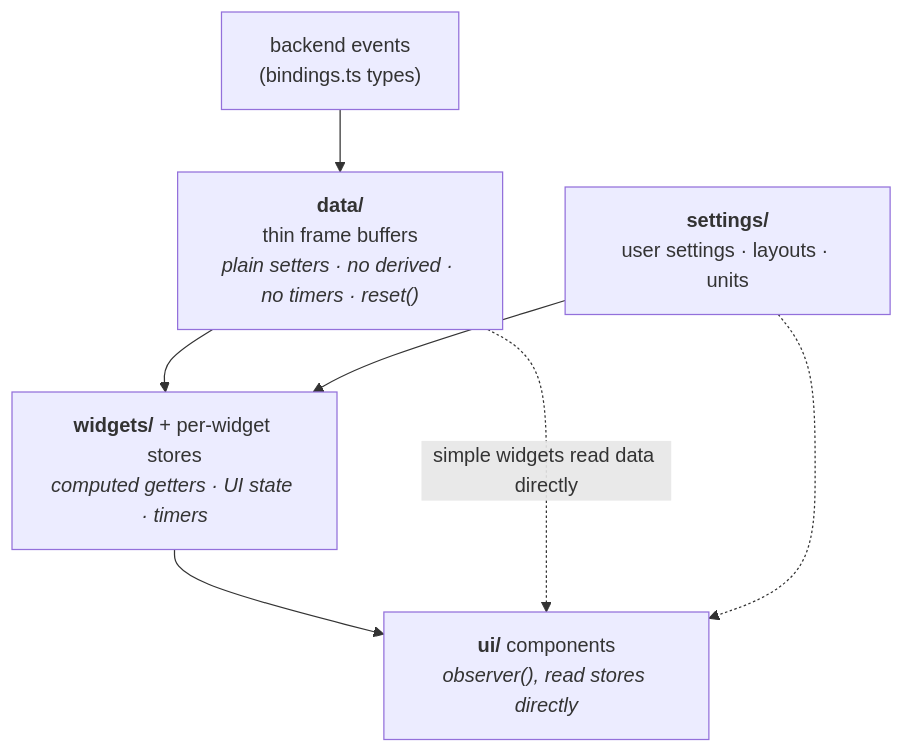
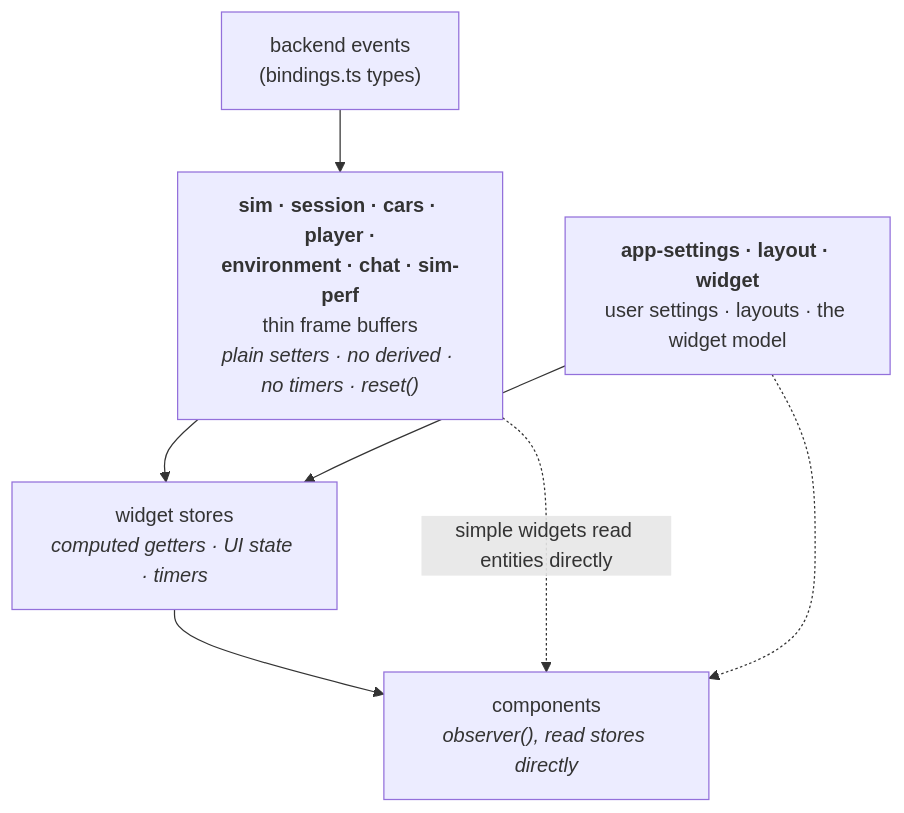
Before and after one commit to mvoof/Marble-Trace: diagram 11 of 22 in docs/architecture.md, drawn with Mermaid. The commit also changed other lines of this file and 1582 other files, not shown here.

````diff
--- a/docs/architecture.md
+++ b/docs/architecture.md
@@ -851,13 +840,13 @@
 ```mermaid
 flowchart TB
     BE["backend events<br/>(bindings.ts types)"]
-    DATA["<b>data/</b><br/>thin frame buffers<br/><i>plain setters · no derived · no timers · reset()</i>"]
-    SET["<b>settings/</b><br/>user settings · layouts · units"]
-    WID["<b>widgets/</b> + per-widget stores<br/><i>computed getters · UI state · timers</i>"]
-    COMP["<b>ui/</b> components<br/><i>observer(), read stores directly</i>"]
+    DATA["<b>sim · session · cars · player ·<br/>environment · chat · sim-perf</b><br/>thin frame buffers<br/><i>plain setters · no derived · no timers · reset()</i>"]
+    SET["<b>app-settings · layout · widget</b><br/>user settings · layouts · the widget model"]
+    WID["widget stores<br/><i>computed getters · UI state · timers</i>"]
+    COMP["components<br/><i>observer(), read stores directly</i>"]
 
     BE --> DATA --> WID --> COMP
     SET --> WID
-    DATA -.->|"simple widgets read data directly"| COMP
+    DATA -.->|"simple widgets read entities directly"| COMP
     SET -.-> COMP
 ```
````
